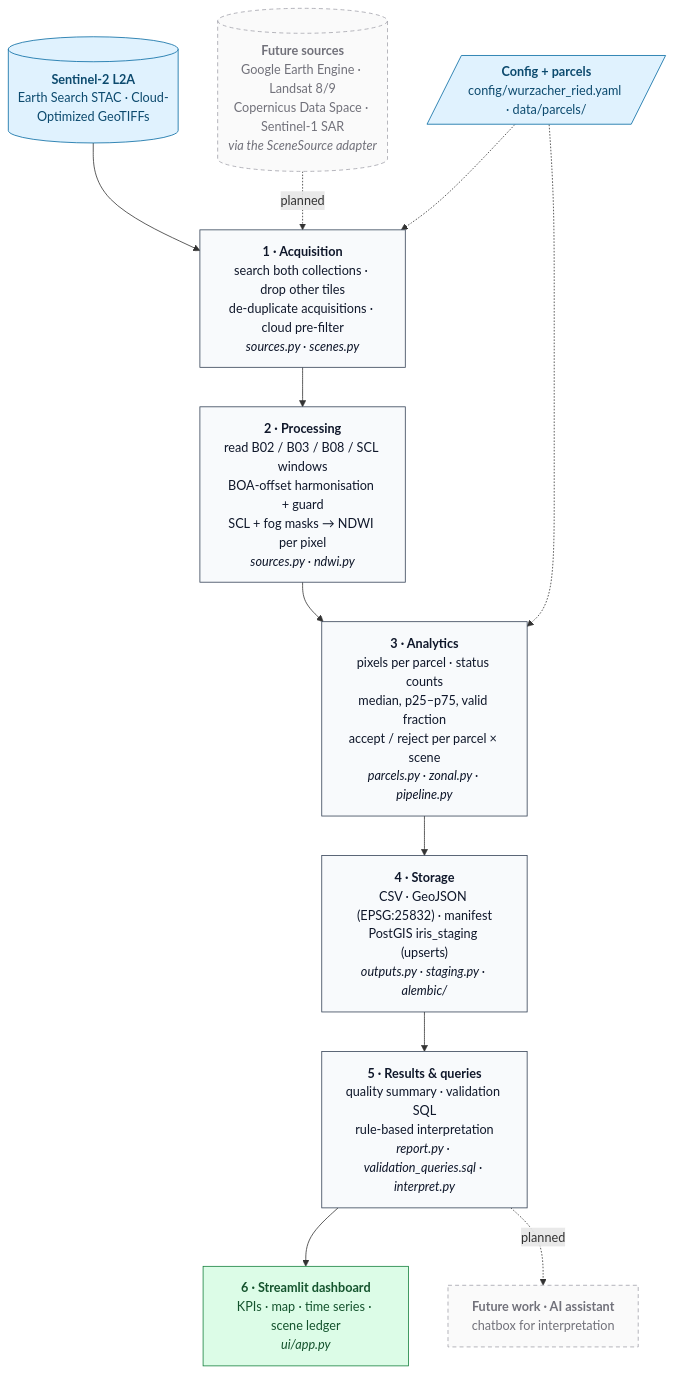
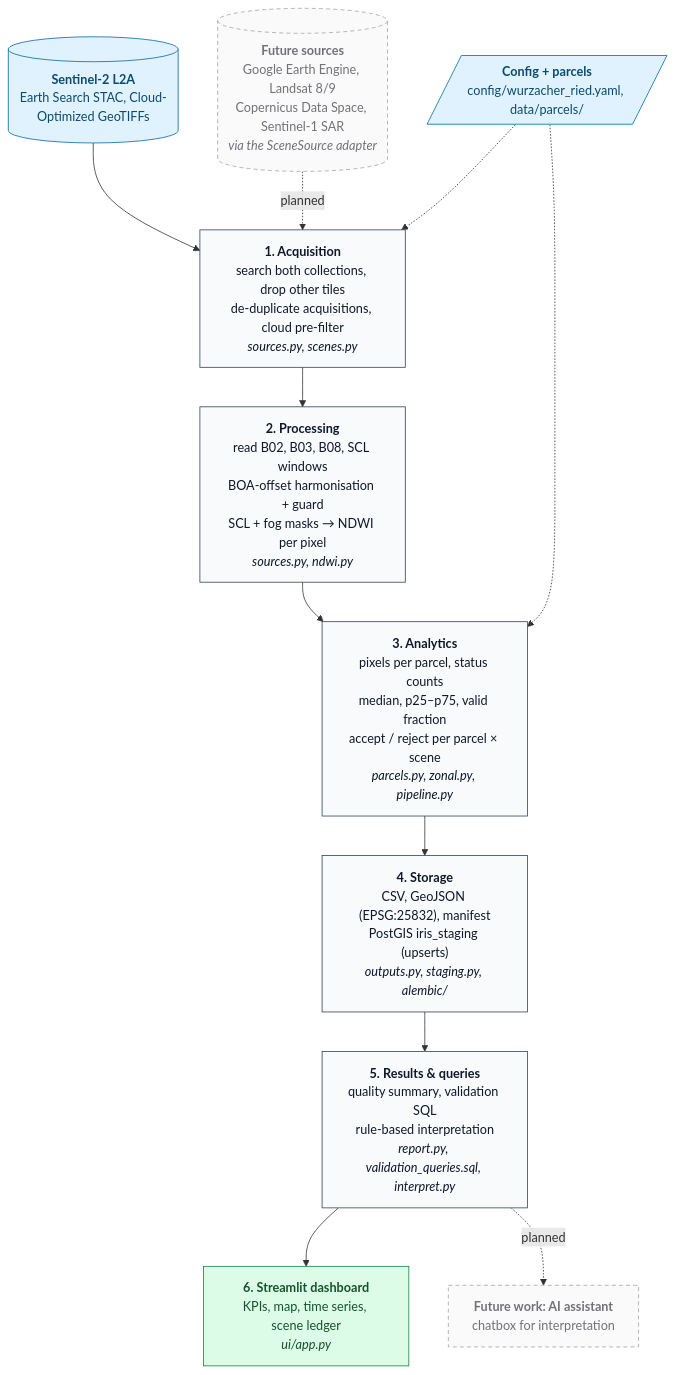
The diagram in README.md (SomayehAhmadpour/Peatland-Moisture-Index), drawn with Mermaid before and after one commit.

Commit message:
Workflow diagram: numbered steps and comma-separated lists

````diff
--- a/README.md
+++ b/README.md
@@ -18,30 +18,30 @@
 ```mermaid
 %%{init: {"fontFamily": "Arial, Helvetica, sans-serif", "themeVariables": {"fontFamily": "Arial, Helvetica, sans-serif"}}}%%
 flowchart TD
-    S2[("<b>Sentinel-2 L2A</b><br/>Earth Search STAC · Cloud-Optimized GeoTIFFs")]
-    FUTSRC[("<b>Future sources</b><br/>Google Earth Engine · Landsat 8/9<br/>Copernicus Data Space · Sentinel-1 SAR<br/><i>via the SceneSource adapter</i>")]
-    CFG[/"<b>Config + parcels</b><br/>config/wurzacher_ried.yaml · data/parcels/"/]
+    S2[("<b>Sentinel-2 L2A</b><br/>Earth Search STAC, Cloud-Optimized GeoTIFFs")]
+    FUTSRC[("<b>Future sources</b><br/>Google Earth Engine, Landsat 8/9<br/>Copernicus Data Space, Sentinel-1 SAR<br/><i>via the SceneSource adapter</i>")]
+    CFG[/"<b>Config + parcels</b><br/>config/wurzacher_ried.yaml, data/parcels/"/]
 
-    ACQ["<b>1 · Acquisition</b><br/>search both collections · drop other tiles<br/>de-duplicate acquisitions · cloud pre-filter<br/><i>sources.py · scenes.py</i>"]
-    PRO["<b>2 · Processing</b><br/>read B02 / B03 / B08 / SCL windows<br/>BOA-offset harmonisation + guard<br/>SCL + fog masks → NDWI per pixel<br/><i>sources.py · ndwi.py</i>"]
-    ANA["<b>3 · Analytics</b><br/>pixels per parcel · status counts<br/>median, p25–p75, valid fraction<br/>accept / reject per parcel × scene<br/><i>parcels.py · zonal.py · pipeline.py</i>"]
-    STO["<b>4 · Storage</b><br/>CSV · GeoJSON (EPSG:25832) · manifest<br/>PostGIS iris_staging (upserts)<br/><i>outputs.py · staging.py · alembic/</i>"]
-    SRV["<b>5 · Results & queries</b><br/>quality summary · validation SQL<br/>rule-based interpretation<br/><i>report.py · validation_queries.sql · interpret.py</i>"]
-    UI["<b>6 · Streamlit dashboard</b><br/>KPIs · map · time series · scene ledger<br/><i>ui/app.py</i>"]
-    FUTAI["<b>Future work · AI assistant</b><br/>chatbox for interpretation"]
+    ACQ["<b>1. Acquisition</b><br/>search both collections, drop other tiles<br/>de-duplicate acquisitions, cloud pre-filter<br/><i>sources.py, scenes.py</i>"]
+    PRO["<b>2. Processing</b><br/>read B02, B03, B08, SCL windows<br/>BOA-offset harmonisation + guard<br/>SCL + fog masks → NDWI per pixel<br/><i>sources.py, ndwi.py</i>"]
+    ANA["<b>3. Analytics</b><br/>pixels per parcel, status counts<br/>median, p25–p75, valid fraction<br/>accept / reject per parcel × scene<br/><i>parcels.py, zonal.py, pipeline.py</i>"]
+    STO["<b>4. Storage</b><br/>CSV, GeoJSON (EPSG:25832), manifest<br/>PostGIS iris_staging (upserts)<br/><i>outputs.py, staging.py, alembic/</i>"]
+    SRV["<b>5. Results & queries</b><br/>quality summary, validation SQL<br/>rule-based interpretation<br/><i>report.py, validation_queries.sql, interpret.py</i>"]
+    UI["<b>6. Streamlit dashboard</b><br/>KPIs, map, time series, scene ledger<br/><i>ui/app.py</i>"]
+    FUTAI["<b>Future work: AI assistant</b><br/>chatbox for interpretation"]
 
     S2 --> ACQ --> PRO --> ANA --> STO --> SRV --> UI
     CFG -.-> ACQ
     CFG -.-> ANA
     FUTSRC -.->|planned| ACQ
     SRV -.->|planned| FUTAI
 
     classDef source fill:#e0f2fe,stroke:#0369a1,color:#0c4a6e
     classDef stage fill:#f8fafc,stroke:#334155,color:#0f172a
     classDef ui fill:#dcfce7,stroke:#15803d,color:#14532d
     classDef future fill:#fafafa,stroke:#a1a1aa,stroke-dasharray:5 4,color:#71717a
     class S2,CFG source
     class ACQ,PRO,ANA,STO,SRV stage
     class UI ui
     class FUTSRC,FUTAI future
 ```
````
